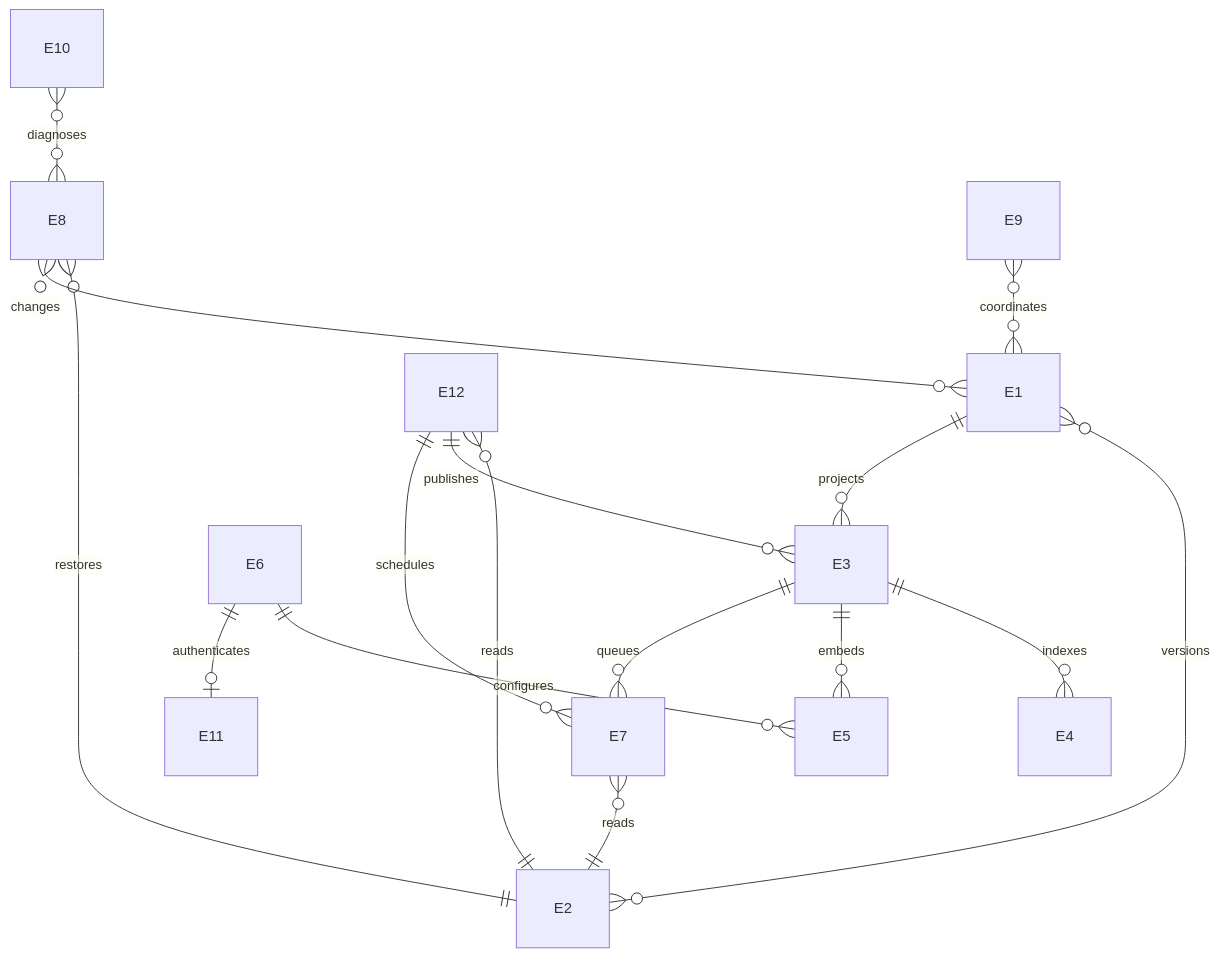
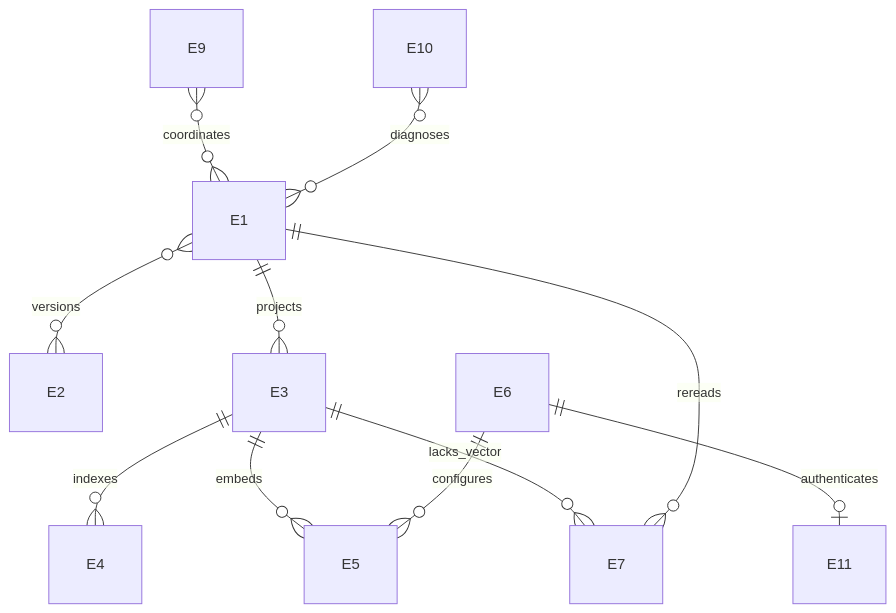
The diagram in docs/zkit/letopis/data.md (zdkadiev/letopis), drawn with Mermaid before and after one commit. The commit also changed other lines of this file and 94 other files, not shown here.

Commit message:
docs: align Letopis design and roadmap with D-91 through D-95

````diff
--- a/docs/zkit/letopis/data.md
+++ b/docs/zkit/letopis/data.md
@@ -42,18 +44,13 @@
 ```mermaid
 erDiagram
     E1 }o--o{ E2 : versions
     E1 ||--o{ E3 : projects
     E3 ||--o{ E4 : indexes
     E3 ||--o{ E5 : embeds
     E6 ||--o{ E5 : configures
-    E3 ||--o{ E7 : queues
-    E7 }o--|| E2 : reads
-    E8 }o--|| E2 : restores
-    E8 }o--o{ E1 : changes
+    E3 ||--o{ E7 : lacks_vector
+    E7 }o--|| E1 : rereads
     E9 }o--o{ E1 : coordinates
-    E10 }o--o{ E8 : diagnoses
+    E10 }o--o{ E1 : diagnoses
     E6 ||--o| E11 : authenticates
-    E12 }o--|| E2 : reads
-    E12 ||--o{ E3 : publishes
-    E12 ||--o{ E7 : schedules
 ```
````
